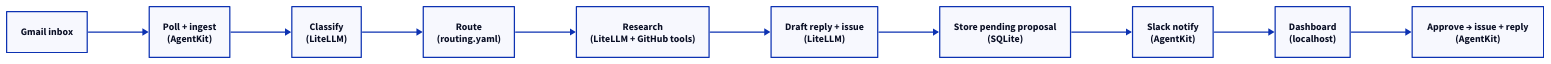
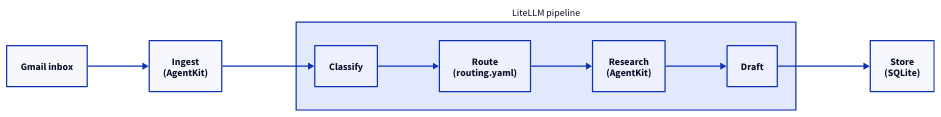
Before and after one commit to scalekit-inc/developer-docs: the first of 2 diagrams in src/content/docs/cookbooks/litellm-agentkit-inbox-triage.mdx, drawn with D2. The commit also changed other lines of this file, not shown here.

Commit message:
docs: improve LiteLLM inbox triage cookbook readability

````diff
--- a/src/content/docs/cookbooks/litellm-agentkit-inbox-triage.mdx
+++ b/src/content/docs/cookbooks/litellm-agentkit-inbox-triage.mdx
@@ -42,24 +38,39 @@
 ```d2 pad=28 layout=dagre
 direction: right
 
-gmail: Gmail inbox
-ingest: Poll + ingest\n(AgentKit)
-classify: Classify\n(LiteLLM)
-route: Route\n(routing.yaml)
-research: Research\n(LiteLLM + GitHub tools)
-draft: Draft reply + issue\n(LiteLLM)
-persist: Store pending proposal\n(SQLite)
-notify: Slack notify\n(AgentKit)
-ui: Dashboard\n(localhost)
-act: Approve → issue + reply\n(AgentKit)
+gmail: "Gmail inbox" {
+  style.font-size: 16
+}
+ingest: "Ingest\n(AgentKit)" {
+  style.font-size: 16
+}
+
+litellm: "LiteLLM pipeline" {
+  direction: right
+  style.font-size: 16
+  classify: "Classify" {
+    style.font-size: 16
+  }
+  route: "Route\n(routing.yaml)" {
+    style.font-size: 16
+  }
+  research: "Research\n(AgentKit)" {
+    style.font-size: 16
+  }
+  draft: "Draft" {
+    style.font-size: 16
+  }
+
+  classify -> route
+  route -> research
+  research -> draft
+}
+
+sqlite: "Store\n(SQLite)" {
+  style.font-size: 16
+}
 
 gmail -> ingest
-ingest -> classify
-classify -> route
-route -> research
-research -> draft
-draft -> persist
-persist -> notify
-notify -> ui
-ui -> act
+ingest -> litellm.classify
+litellm.draft -> sqlite
 ```
````
